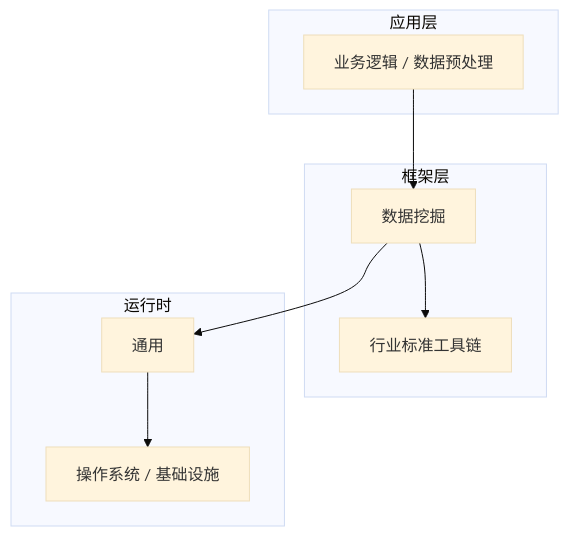
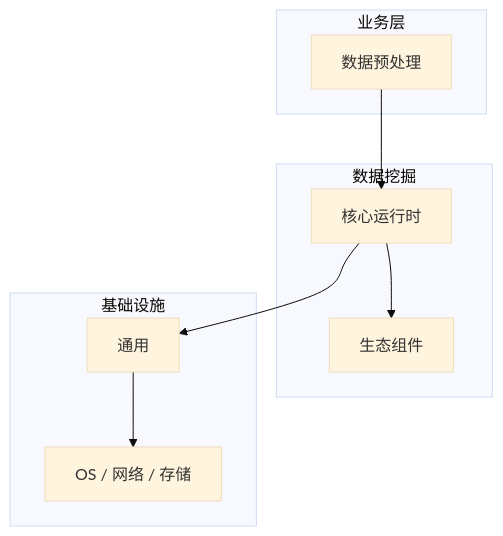
Before and after one commit to yanggan2015/knowledge-json-v2: the diagram in articles/数据挖掘/chapters/007-数据预处理核心概念与原理.md, drawn with Mermaid (base theme). The commit also changed other lines of this file and 10127 other files, not shown here.

````diff
--- a/articles/数据挖掘/chapters/007-数据预处理核心概念与原理.md
+++ b/articles/数据挖掘/chapters/007-数据预处理核心概念与原理.md
@@ -45,18 +30,18 @@
 ```mermaid
 graph TB
-    subgraph 应用层
-        A[业务逻辑 / 数据预处理]
+    subgraph 业务层
+        A[数据预处理]
     end
-    subgraph 框架层
-        B[数据挖掘]
-        C[行业标准工具链]
+    subgraph 数据挖掘
+        B[核心运行时]
+        C[生态组件]
     end
-    subgraph 运行时
+    subgraph 基础设施
         D[通用]
-        E[操作系统 / 基础设施]
+        E[OS / 网络 / 存储]
     end
     A --> B
     B --> C
     B --> D
     D --> E
 ```
````
